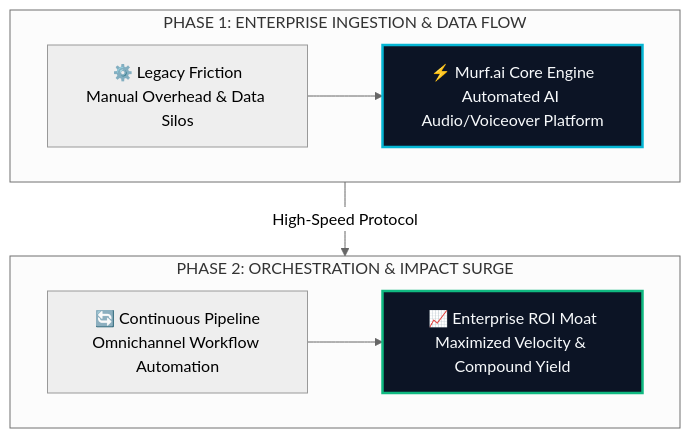
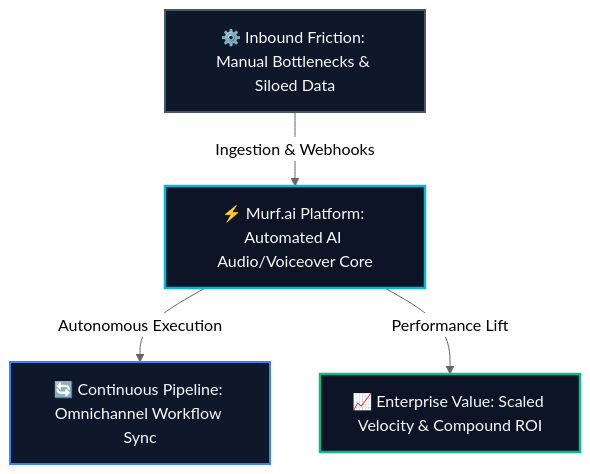
The diagram in site/src/content/blog/murf-ai-evolution-guide-2026.md (heliatech-media/saas-radar), drawn with Mermaid (neutral theme) before and after one commit. The commit also changed 93 other files, not shown here.

First line of the commit message:
fix(diagrams): resolve dagre-d3 subgraph collision by migrating to balanced 3-tier Hub & Spoke architecture

````diff
--- a/site/src/content/blog/murf-ai-evolution-guide-2026.md
+++ b/site/src/content/blog/murf-ai-evolution-guide-2026.md
@@ -54,14 +54,14 @@
 ```mermaid
 flowchart TD
-    subgraph S1["PHASE 1: ENTERPRISE INGESTION & DATA FLOW"]
-        direction LR
-        A["⚙️ Legacy Friction<br/>Manual Overhead & Data Silos"] --> B["⚡ Murf.ai Core Engine<br/>Automated AI Audio/Voiceover Platform"]
-    end
-    subgraph S2["PHASE 2: ORCHESTRATION & IMPACT SURGE"]
-        direction LR
-        C["🔄 Continuous Pipeline<br/>Omnichannel Workflow Automation"] --> D["📈 Enterprise ROI Moat<br/>Maximized Velocity & Compound Yield"]
-    end
-    S1 -->|High-Speed Protocol| S2
-    style B fill:#0c1425,stroke:#06b6d4,stroke-width:2.5px,color:#f8fafc
-    style D fill:#0c1425,stroke:#10b981,stroke-width:2.5px,color:#f8fafc
+    Inp["⚙️ Inbound Friction: Manual Bottlenecks & Siloed Data"]
+    Eng["⚡ Murf.ai Platform: Automated AI Audio/Voiceover Core"]
+    Out1["🔄 Continuous Pipeline: Omnichannel Workflow Sync"]
+    Out2["📈 Enterprise Value: Scaled Velocity & Compound ROI"]
+    Inp -->|Ingestion & Webhooks| Eng
+    Eng -->|Autonomous Execution| Out1
+    Eng -->|Performance Lift| Out2
+    style Inp fill:#0f172a,stroke:#475569,stroke-width:2px,color:#f8fafc
+    style Eng fill:#0c1425,stroke:#06b6d4,stroke-width:2.5px,color:#f8fafc
+    style Out1 fill:#0f172a,stroke:#3b82f6,stroke-width:2px,color:#f8fafc
+    style Out2 fill:#0c1425,stroke:#10b981,stroke-width:2.5px,color:#f8fafc
 ```
````
